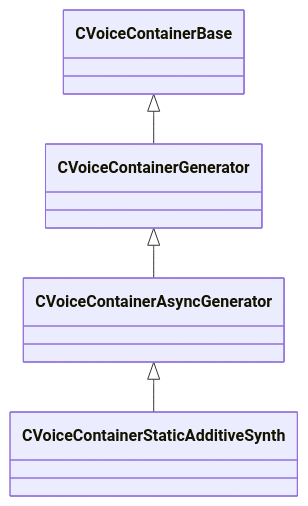
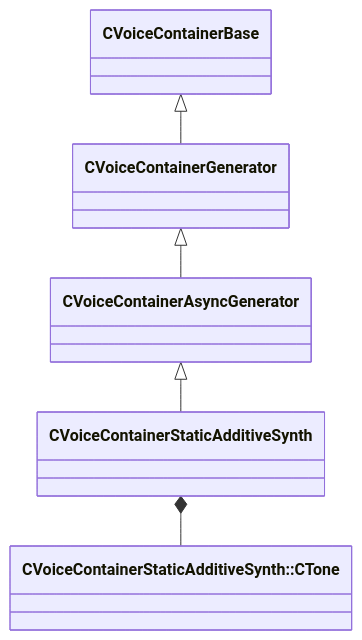
Before and after one commit to CS2OpenDev/CS2OpenDev-Docs: the diagram in docs/generated/schemas/soundsystem_voicecontainers/CVoiceContainerStaticAdditiveSynth.md, drawn with Mermaid. The commit also changed other lines of this file and 4525 other files, not shown here.

````diff
--- a/docs/generated/schemas/soundsystem_voicecontainers/CVoiceContainerStaticAdditiveSynth.md
+++ b/docs/generated/schemas/soundsystem_voicecontainers/CVoiceContainerStaticAdditiveSynth.md
@@ -19,6 +21,7 @@
 ```mermaid
 classDiagram
     CVoiceContainerAsyncGenerator <|-- CVoiceContainerStaticAdditiveSynth
     CVoiceContainerGenerator <|-- CVoiceContainerAsyncGenerator
     CVoiceContainerBase <|-- CVoiceContainerGenerator
+    CVoiceContainerStaticAdditiveSynth *-- `CVoiceContainerStaticAdditiveSynth::CTone`
 ```
````
